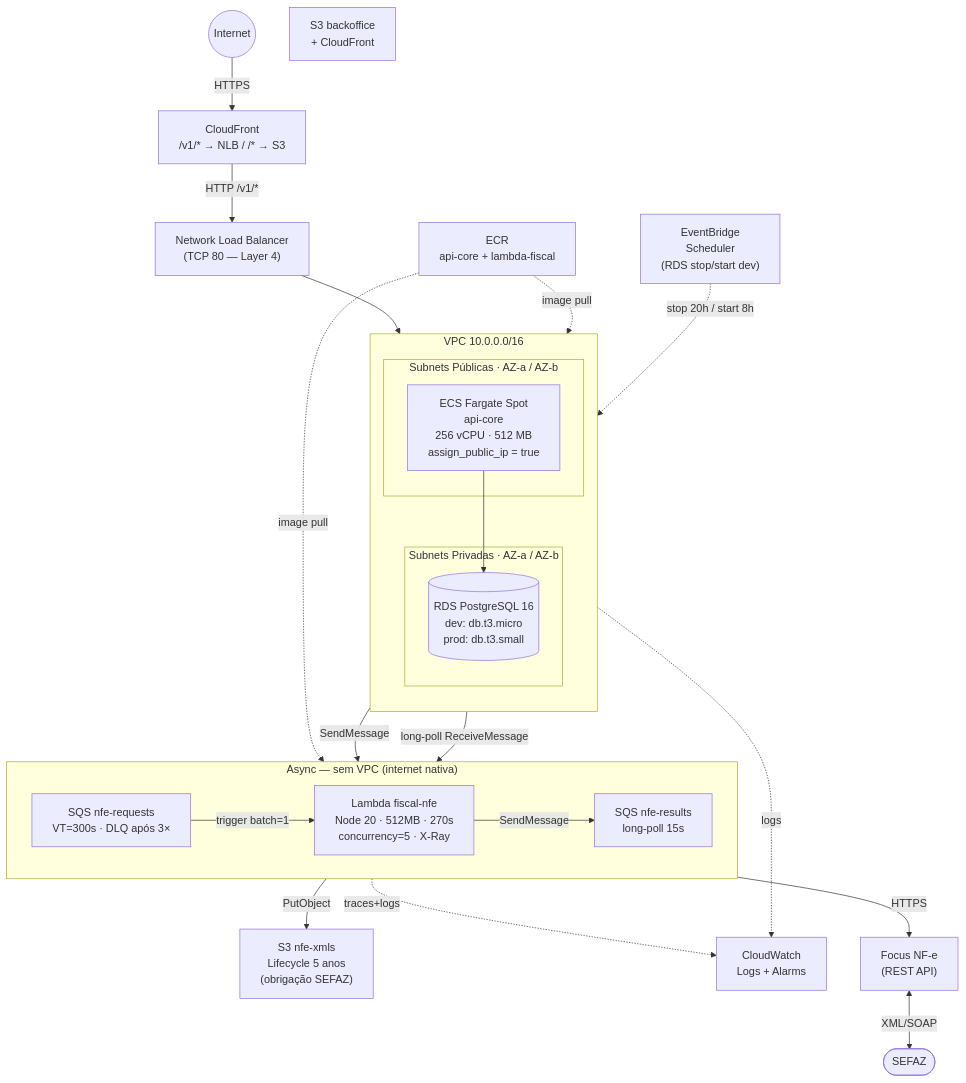
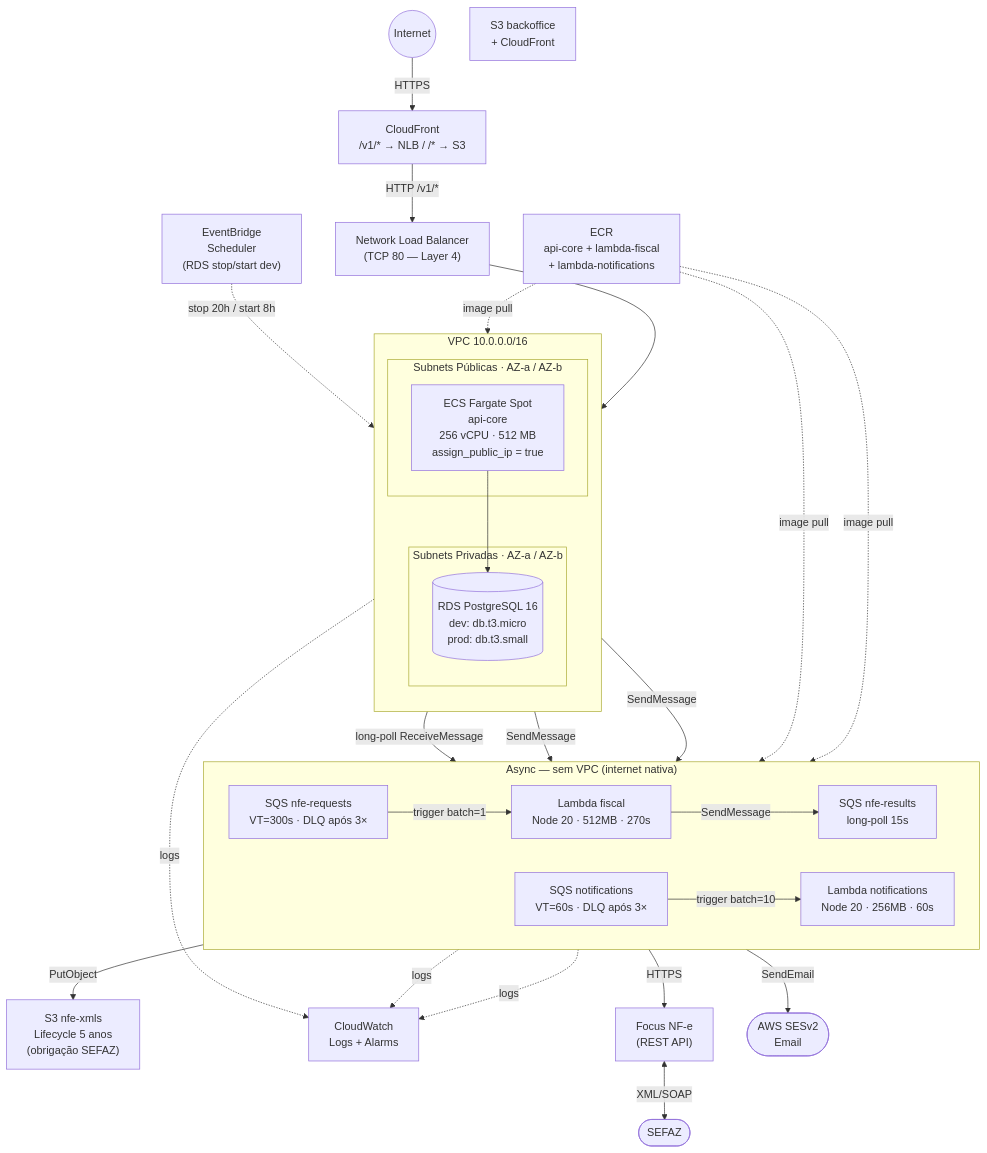
Before and after one commit to gercenioxsilva/erp-lite: the second of 3 diagrams in README.md, drawn with Mermaid. The commit also changed other lines of this file and 33 other files, not shown here.

````diff
--- a/README.md
+++ b/README.md
@@ -251,46 +281,54 @@
 ```mermaid
 flowchart TD
     internet(("Internet"))
     internet -->|HTTPS| cf["CloudFront\n/v1/* → NLB  /  /* → S3"]
     cf -->|HTTP /v1/*| alb["Network Load Balancer\n(TCP 80 — Layer 4)"]
 
     subgraph vpc["VPC  10.0.0.0/16"]
         direction TB
         subgraph pub["Subnets Públicas  ·  AZ-a / AZ-b"]
             ecs["ECS Fargate Spot\napi-core\n256 vCPU · 512 MB\nassign_public_ip = true"]
         end
         subgraph priv["Subnets Privadas  ·  AZ-a / AZ-b"]
             rds[("RDS PostgreSQL 16\ndev: db.t3.micro\nprod: db.t3.small")]
         end
     end
 
     subgraph async["Async — sem VPC (internet nativa)"]
         direction LR
         sqs_req["SQS nfe-requests\nVT=300s · DLQ após 3×"]
-        lambda["Lambda fiscal-nfe\nNode 20 · 512MB · 270s\nconcurrency=5 · X-Ray"]
+        lambda_f["Lambda fiscal\nNode 20 · 512MB · 270s"]
         sqs_res["SQS nfe-results\nlong-poll 15s"]
+        sqs_notif["SQS notifications\nVT=60s · DLQ após 3×"]
+        lambda_n["Lambda notifications\nNode 20 · 256MB · 60s"]
     end
 
-    ecr["ECR\napi-core + lambda-fiscal"]
+    ecr["ECR\napi-core + lambda-fiscal\n+ lambda-notifications"]
     s3_nfe["S3 nfe-xmls\nLifecycle 5 anos\n(obrigação SEFAZ)"]
     s3_ui["S3 backoffice\n+ CloudFront"]
     cw["CloudWatch\nLogs + Alarms"]
     focus["Focus NF-e\n(REST API)"]
     sefaz(["SEFAZ"])
+    ses(["AWS SESv2\nEmail"])
     eb["EventBridge\nScheduler\n(RDS stop/start dev)"]
 
     alb --> ecs
     ecs --> rds
     ecs -->|SendMessage| sqs_req
+    ecs -->|SendMessage| sqs_notif
     ecs -->|long-poll ReceiveMessage| sqs_res
-    sqs_req -->|trigger batch=1| lambda
-    lambda -->|HTTPS| focus
+    sqs_req -->|trigger batch=1| lambda_f
+    lambda_f -->|HTTPS| focus
     focus <-->|XML/SOAP| sefaz
-    lambda -->|PutObject| s3_nfe
-    lambda -->|SendMessage| sqs_res
+    lambda_f -->|PutObject| s3_nfe
+    lambda_f -->|SendMessage| sqs_res
+    sqs_notif -->|trigger batch=10| lambda_n
+    lambda_n -->|SendEmail| ses
     ecr -.->|image pull| ecs
-    ecr -.->|image pull| lambda
+    ecr -.->|image pull| lambda_f
+    ecr -.->|image pull| lambda_n
     ecs -.->|logs| cw
-    lambda -.->|traces+logs| cw
+    lambda_f -.->|logs| cw
+    lambda_n -.->|logs| cw
     eb -.->|stop 20h / start 8h| rds
 ```
````
